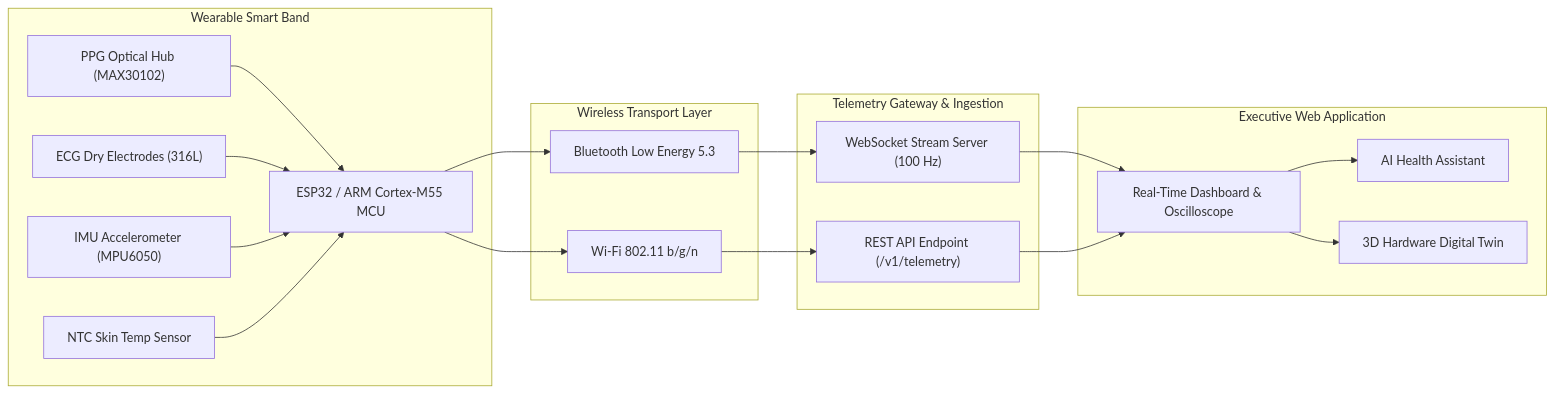
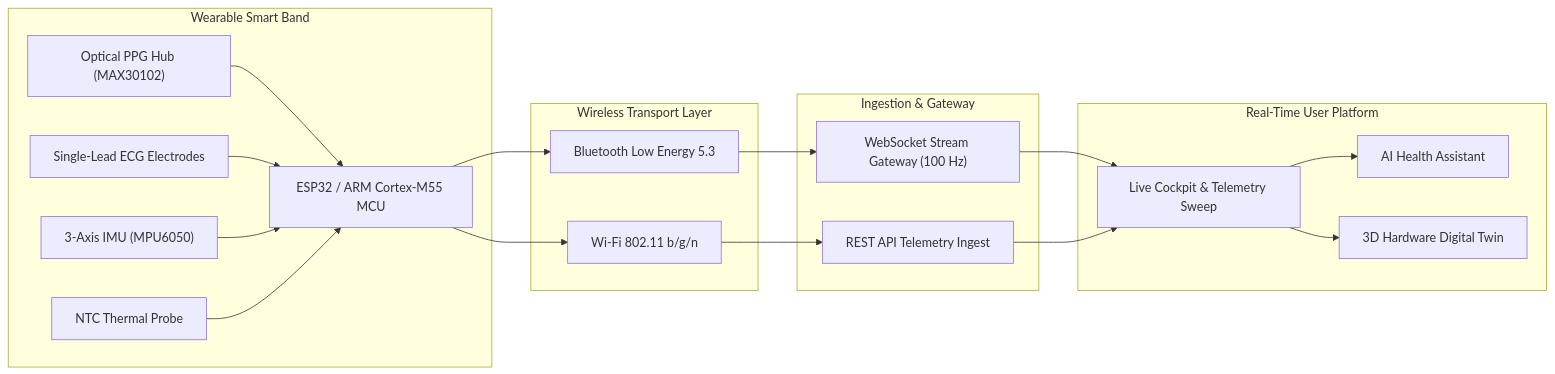
One commit to madhesh935/ARM changed the diagram in README.md. Above: the diagram before and after it, drawn with Mermaid. The commit also changed other lines of this file, not shown here.

````diff
--- a/README.md
+++ b/README.md
@@ -52,38 +52,38 @@
 ```mermaid
 graph LR
     subgraph Hardware["Wearable Smart Band"]
-        S1["PPG Optical Hub (MAX30102)"]
-        S2["ECG Dry Electrodes (316L)"]
-        S3["IMU Accelerometer (MPU6050)"]
-        S4["NTC Skin Temp Sensor"]
+        S1["Optical PPG Hub (MAX30102)"]
+        S2["Single-Lead ECG Electrodes"]
+        S3["3-Axis IMU (MPU6050)"]
+        S4["NTC Thermal Probe"]
         MCU["ESP32 / ARM Cortex-M55 MCU"]
         S1 --> MCU
         S2 --> MCU
         S3 --> MCU
         S4 --> MCU
     end
 
     subgraph Connectivity["Wireless Transport Layer"]
         BLE["Bluetooth Low Energy 5.3"]
         WIFI["Wi-Fi 802.11 b/g/n"]
         MCU --> BLE
         MCU --> WIFI
     end
 
-    subgraph Backend["Telemetry Gateway & Ingestion"]
-        WS["WebSocket Stream Server (100 Hz)"]
-        REST["REST API Endpoint (/v1/telemetry)"]
+    subgraph Backend["Ingestion & Gateway"]
+        WS["WebSocket Stream Gateway (100 Hz)"]
+        REST["REST API Telemetry Ingest"]
         BLE --> WS
         WIFI --> REST
     end
 
-    subgraph Frontend["Executive Web Application"]
-        DASH["Real-Time Dashboard & Oscilloscope"]
+    subgraph Frontend["Real-Time User Platform"]
+        DASH["Live Cockpit & Telemetry Sweep"]
         AI["AI Health Assistant"]
         TWIN["3D Hardware Digital Twin"]
         WS --> DASH
         REST --> DASH
         DASH --> AI
         DASH --> TWIN
     end
 ```
````
